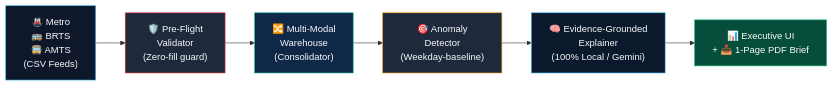
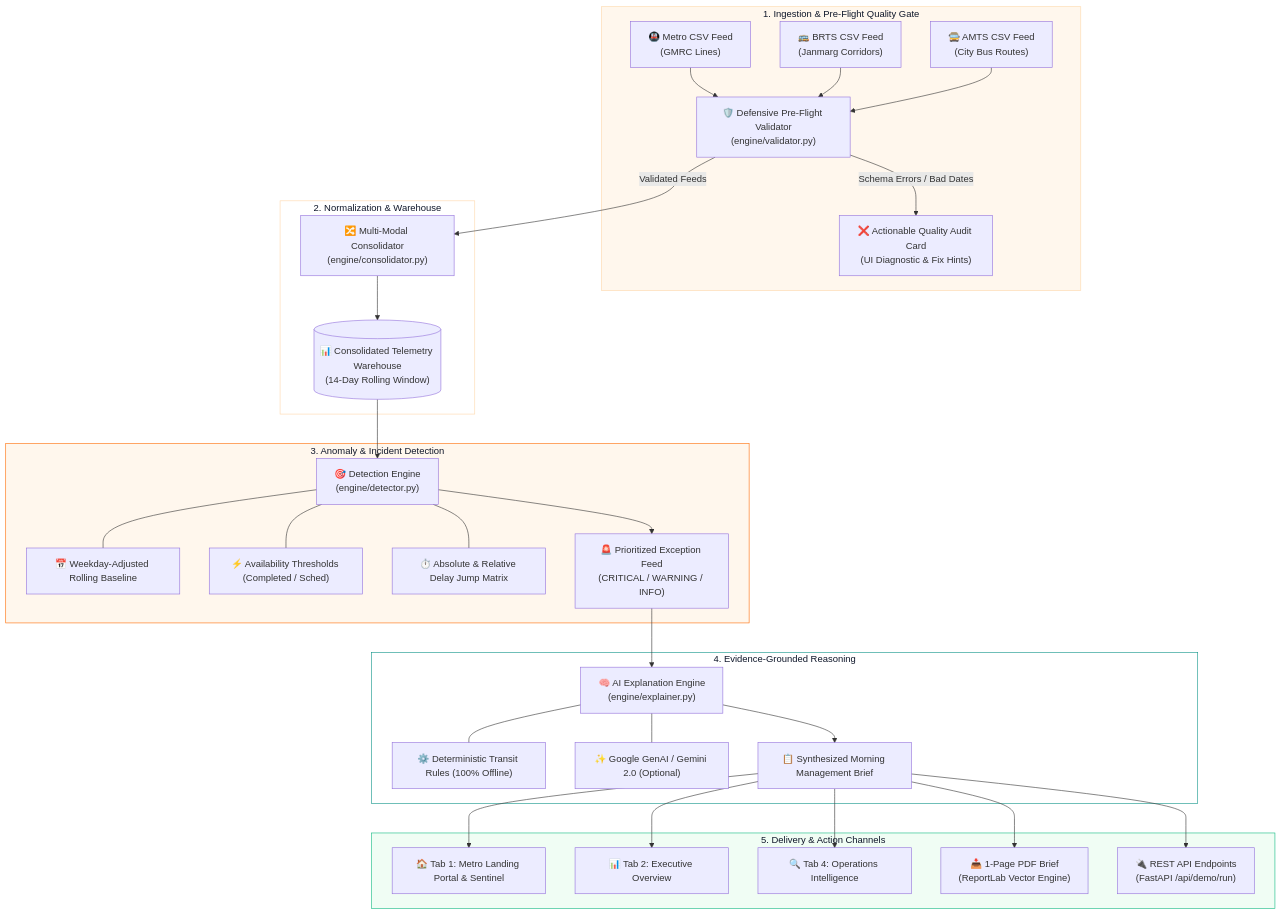
Before and after one commit to anushkayerpude/TransitPulseAI: the diagram in README.md, drawn with Mermaid. The commit also changed other lines of this file, not shown here.

Commit message:
docs: restore comprehensive long README with realistic Ahmedabad Metro branding, animations, and REST API documentation

````diff
--- a/README.md
+++ b/README.md
@@ -69,15 +126,54 @@
 ```mermaid
-flowchart LR
-    A["🚇 Metro\n🚌 BRTS\n🚍 AMTS\n(CSV Feeds)"] --> B["🛡️ Pre-Flight\nValidator\n(Zero-fill guard)"]
-    B --> C["🔀 Multi-Modal\nWarehouse\n(Consolidator)"]
-    C --> D["🎯 Anomaly\nDetector\n(Weekday-baseline)"]
-    D --> E["🧠 Evidence-Grounded\nExplainer\n(100% Local / Gemini)"]
-    E --> F["📊 Executive UI\n+ 📥 1-Page PDF Brief"]
+flowchart TD
+    subgraph INGESTION ["1. Ingestion & Pre-Flight Quality Gate"]
+        M_CSV["🚇 Metro CSV Feed\n(GMRC Lines)"]
+        B_CSV["🚌 BRTS CSV Feed\n(Janmarg Corridors)"]
+        A_CSV["🚍 AMTS CSV Feed\n(City Bus Routes)"]
+        
+        VAL["🛡️ Defensive Pre-Flight Validator\n(engine/validator.py)"]
+        M_CSV --> VAL
+        B_CSV --> VAL
+        A_CSV --> VAL
+        
+        VAL -- "Schema Errors / Bad Dates" --> ERR["❌ Actionable Quality Audit Card\n(UI Diagnostic & Fix Hints)"]
+    end
 
-    style A fill:#0F172A,stroke:#38BDF8,color:#F8FAFC
-    style B fill:#1E293B,stroke:#EF4444,color:#F8FAFC
-    style C fill:#0F2847,stroke:#14B8A6,color:#F8FAFC
-    style D fill:#1E293B,stroke:#F59E0B,color:#F8FAFC
-    style E fill:#0B192C,stroke:#38BDF8,color:#F8FAFC
-    style F fill:#064E3B,stroke:#10B981,color:#F8FAFC
+    subgraph WAREHOUSE ["2. Normalization & Warehouse"]
+        VAL -- "Validated Feeds" --> CON["🔀 Multi-Modal Consolidator\n(engine/consolidator.py)"]
+        CON --> DWH[("📊 Consolidated Telemetry Warehouse\n(14-Day Rolling Window)")]
+    end
+
+    subgraph DETECTION ["3. Anomaly & Incident Detection"]
+        DWH --> DET["🎯 Detection Engine\n(engine/detector.py)"]
+        CALC1["📅 Weekday-Adjusted Rolling Baseline"]
+        CALC2["⚡ Availability Thresholds (Completed / Sched)"]
+        CALC3["⏱️ Absolute & Relative Delay Jump Matrix"]
+        DET --- CALC1
+        DET --- CALC2
+        DET --- CALC3
+        DET --> RANK["🚨 Prioritized Exception Feed\n(CRITICAL / WARNING / INFO)"]
+    end
+
+    subgraph EXPLAINER ["4. Evidence-Grounded Reasoning"]
+        RANK --> EXP["🧠 AI Explanation Engine\n(engine/explainer.py)"]
+        RULE["⚙️ Deterministic Transit Rules (100% Offline)"]
+        LLM["✨ Google GenAI / Gemini 2.0 (Optional)"]
+        EXP --- RULE
+        EXP --- LLM
+        EXP --> BRIEF["📋 Synthesized Morning Management Brief"]
+    end
+
+    subgraph OUTPUTS ["5. Delivery & Action Channels"]
+        BRIEF --> UI1["🏠 Tab 1: Metro Landing Portal & Sentinel"]
+        BRIEF --> UI2["📊 Tab 2: Executive Overview"]
+        BRIEF --> UI3["🔍 Tab 4: Operations Intelligence"]
+        BRIEF --> PDF["📥 1-Page PDF Brief\n(ReportLab Vector Engine)"]
+        BRIEF --> API["🔌 REST API Endpoints\n(FastAPI /api/demo/run)"]
+    end
+
+    style INGESTION fill:#FFF7ED,stroke:#FED7AA,color:#0F172A
+    style WAREHOUSE fill:#FFFFFF,stroke:#FED7AA,color:#0F172A
+    style DETECTION fill:#FFF7ED,stroke:#FF6B00,color:#0F172A
+    style EXPLAINER fill:#FFFFFF,stroke:#0D9488,color:#0F172A
+    style OUTPUTS fill:#F0FDF4,stroke:#10B981,color:#0F172A
 ```
````
